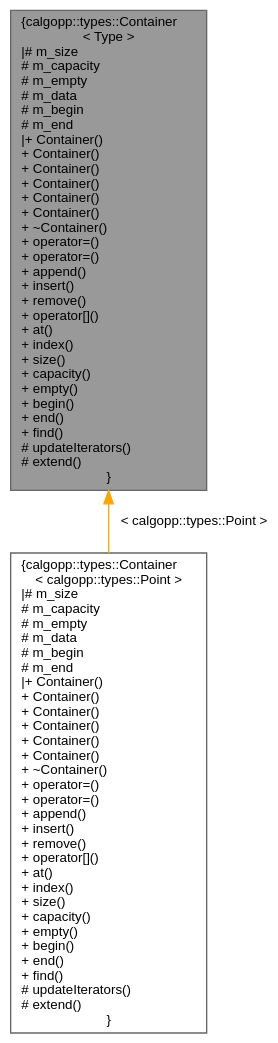
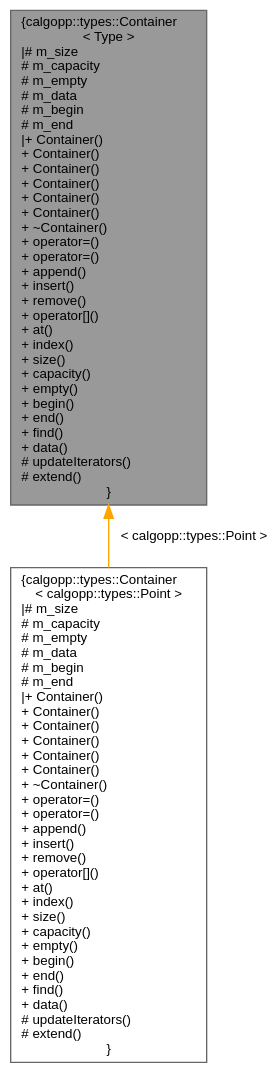
One commit to pawelekg95/algopp changed the diagram in classcalgopp_1_1types_1_1Container__inherit__graph.dot. Above: the diagram before and after it, drawn with Graphviz. The commit also changed 26 other files, not shown here.

```diff
--- a/classcalgopp_1_1types_1_1Container__inherit__graph.dot
+++ b/classcalgopp_1_1types_1_1Container__inherit__graph.dot
@@ -1,10 +1,10 @@
 digraph "calgopp::types::Container&lt; Type &gt;"
 {
  // LATEX_PDF_SIZE
   bgcolor="transparent";
   edge [fontname=Helvetica,fontsize=10,labelfontname=Helvetica,labelfontsize=10];
   node [fontname=Helvetica,fontsize=10,shape=box,height=0.2,width=0.4];
-  Node1 [label="{calgopp::types::Container\l\< Type \>\n|# m_size\l# m_capacity\l# m_empty\l# m_data\l# m_begin\l# m_end\l|+ Container()\l+ Container()\l+ Container()\l+ Container()\l+ Container()\l+ Container()\l+ ~Container()\l+ operator=()\l+ operator=()\l+ append()\l+ insert()\l+ remove()\l+ operator[]()\l+ at()\l+ index()\l+ size()\l+ capacity()\l+ empty()\l+ begin()\l+ end()\l+ find()\l# updateIterators()\l# extend()\l}",height=0.2,width=0.4,color="gray40", fillcolor="grey60", style="filled", fontcolor="black",tooltip=" "];
+  Node1 [label="{calgopp::types::Container\l\< Type \>\n|# m_size\l# m_capacity\l# m_empty\l# m_data\l# m_begin\l# m_end\l|+ Container()\l+ Container()\l+ Container()\l+ Container()\l+ Container()\l+ Container()\l+ ~Container()\l+ operator=()\l+ operator=()\l+ append()\l+ insert()\l+ remove()\l+ operator[]()\l+ at()\l+ index()\l+ size()\l+ capacity()\l+ empty()\l+ begin()\l+ end()\l+ find()\l+ data()\l# updateIterators()\l# extend()\l}",height=0.2,width=0.4,color="gray40", fillcolor="grey60", style="filled", fontcolor="black",tooltip=" "];
   Node1 -> Node2 [dir="back",color="orange",style="solid",label=" \< calgopp::types::Point \>" ];
-  Node2 [label="{calgopp::types::Container\l\< calgopp::types::Point \>\n|# m_size\l# m_capacity\l# m_empty\l# m_data\l# m_begin\l# m_end\l|+ Container()\l+ Container()\l+ Container()\l+ Container()\l+ Container()\l+ Container()\l+ ~Container()\l+ operator=()\l+ operator=()\l+ append()\l+ insert()\l+ remove()\l+ operator[]()\l+ at()\l+ index()\l+ size()\l+ capacity()\l+ empty()\l+ begin()\l+ end()\l+ find()\l# updateIterators()\l# extend()\l}",height=0.2,width=0.4,color="gray40", fillcolor="white", style="filled",URL="$classcalgopp_1_1types_1_1Container.html",tooltip=" "];
+  Node2 [label="{calgopp::types::Container\l\< calgopp::types::Point \>\n|# m_size\l# m_capacity\l# m_empty\l# m_data\l# m_begin\l# m_end\l|+ Container()\l+ Container()\l+ Container()\l+ Container()\l+ Container()\l+ Container()\l+ ~Container()\l+ operator=()\l+ operator=()\l+ append()\l+ insert()\l+ remove()\l+ operator[]()\l+ at()\l+ index()\l+ size()\l+ capacity()\l+ empty()\l+ begin()\l+ end()\l+ find()\l+ data()\l# updateIterators()\l# extend()\l}",height=0.2,width=0.4,color="gray40", fillcolor="white", style="filled",URL="$classcalgopp_1_1types_1_1Container.html",tooltip=" "];
 }
```
